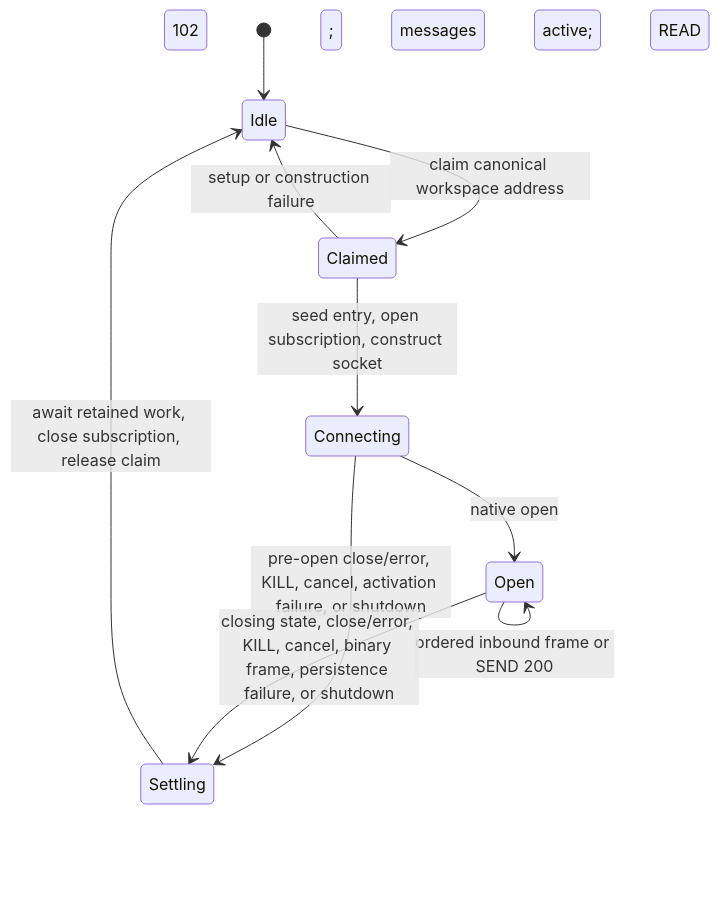
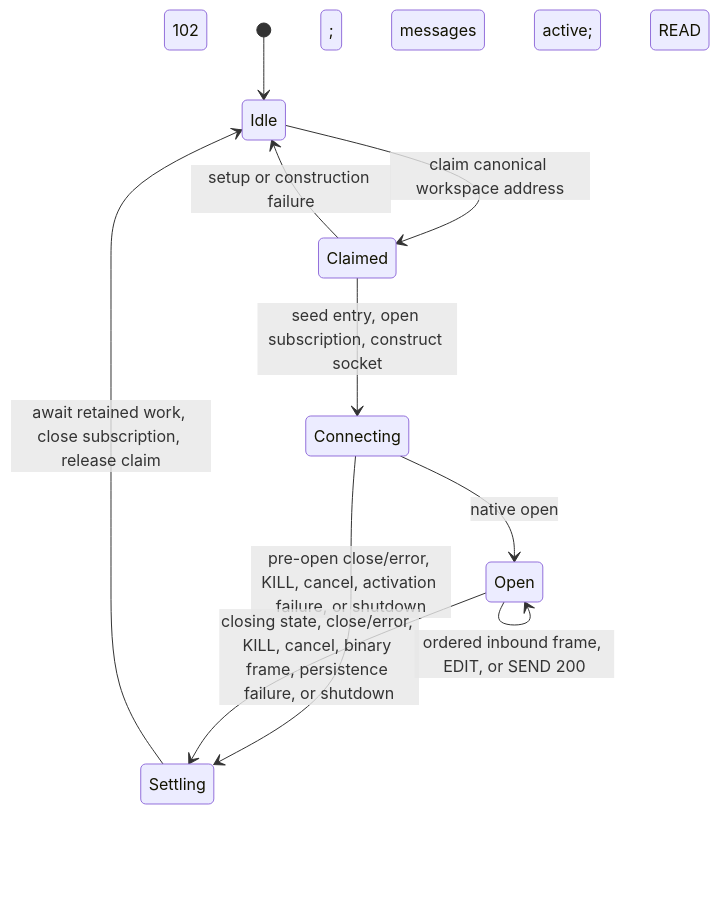
Before and after one commit to plurnk/plurnk-service: the second of 2 diagrams in plurnk-schemes-http/SPEC.md, drawn with Mermaid. The commit also changed other lines of this file and 17 other files, not shown here.

````diff
--- a/plurnk-schemes-http/SPEC.md
+++ b/plurnk-schemes-http/SPEC.md
@@ -451,12 +451,12 @@
 ```mermaid
 stateDiagram-v2
     [*] --> Idle
     Idle --> Claimed: claim canonical workspace address
     Claimed --> Connecting: seed entry, open subscription, construct socket
     Claimed --> Idle: setup or construction failure
     Connecting --> Open: native open; messages active; READ 102
     Connecting --> Settling: pre-open close/error, KILL, cancel, activation failure, or shutdown
-    Open --> Open: ordered inbound frame or SEND 200
+    Open --> Open: ordered inbound frame, EDIT, or SEND 200
     Open --> Settling: closing state, close/error, KILL, cancel, binary frame, persistence failure, or shutdown
     Settling --> Idle: await retained work, close subscription, release claim
 ```
````
